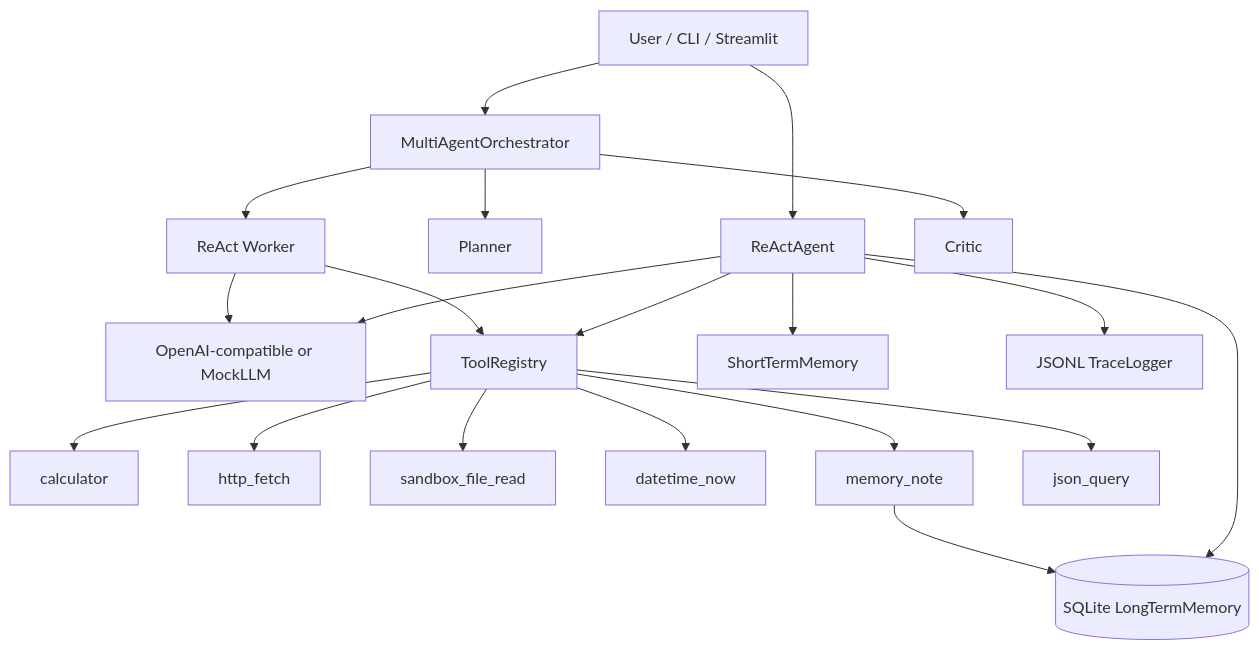
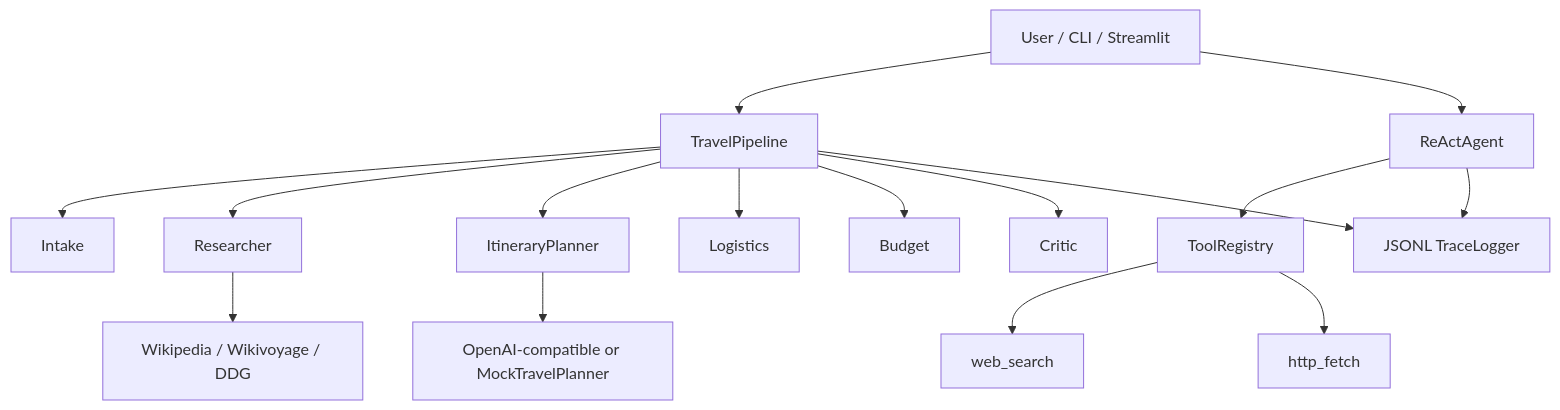
The diagram in README.md (kt800hhx-del/-), drawn with Mermaid before and after one commit. The commit also changed other lines of this file and 14 other files, not shown here.

Commit message:
feat: add multi-agent travel planner (itinerary, logistics, budget, critic)

````diff
--- a/README.md
+++ b/README.md
@@ -26,22 +45,18 @@
 ```mermaid
 flowchart TB
-  User[User / CLI / Streamlit] --> Agent[ReActAgent]
-  User --> Multi[MultiAgentOrchestrator]
-  Multi --> Planner[Planner]
-  Multi --> Worker[ReAct Worker]
-  Multi --> Critic[Critic]
-  Agent --> LLM[OpenAI-compatible or MockLLM]
-  Worker --> LLM
+  User[User / CLI / Streamlit] --> Travel[TravelPipeline]
+  Travel --> Intake[Intake]
+  Travel --> Research[Researcher]
+  Travel --> Itin[ItineraryPlanner]
+  Travel --> Logi[Logistics]
+  Travel --> Bud[Budget]
+  Travel --> Critic[Critic]
+  Research --> Web[Wikipedia / Wikivoyage / DDG]
+  Itin --> LLM[OpenAI-compatible or MockTravelPlanner]
+  User --> Agent[ReActAgent]
   Agent --> Tools[ToolRegistry]
-  Worker --> Tools
-  Tools --> Calc[calculator]
+  Tools --> WS[web_search]
   Tools --> HTTP[http_fetch]
-  Tools --> File[sandbox_file_read]
-  Tools --> DT[datetime_now]
-  Tools --> MemNote[memory_note]
-  Tools --> JQ[json_query]
-  Agent --> STM[ShortTermMemory]
-  Agent --> LTM[(SQLite LongTermMemory)]
-  MemNote --> LTM
   Agent --> Trace[JSONL TraceLogger]
+  Travel --> Trace
 ```
````
